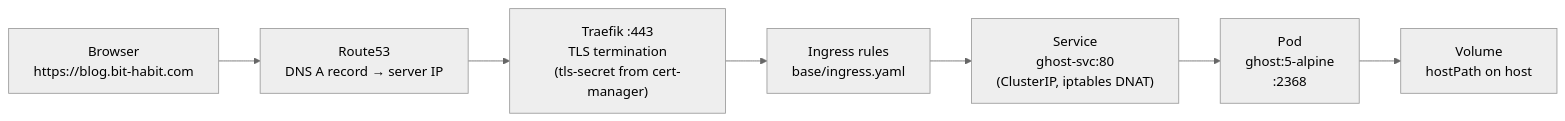
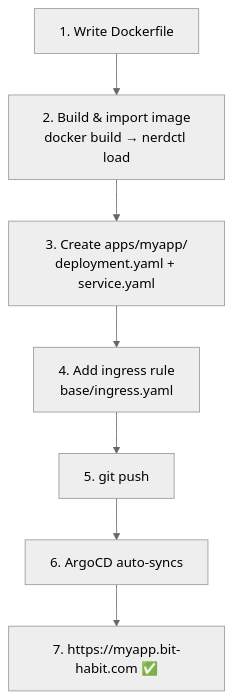
The third of 5 diagrams in README.md (bookseal/bit-habit-infra), drawn with Mermaid (neutral theme) before and after one commit. The commit also changed other lines of this file, not shown here.

First line of the commit message:
Enhance README with service catalog and design decisions

````diff
--- a/README.md
+++ b/README.md
@@ -115,9 +113,9 @@
 ```mermaid
-flowchart LR
-    A["Browser\nhttps://blog.bit-habit.com"] --> B["Route53\nDNS A record → server IP"]
-    B --> C["Traefik :443\nTLS termination\n(tls-secret from cert-manager)"]
-    C --> D["Ingress rules\nbase/ingress.yaml"]
-    D --> E["Service\nghost-svc:80\n(ClusterIP, iptables DNAT)"]
-    E --> F["Pod\nghost:5-alpine\n:2368"]
-    F --> G["Volume\nhostPath on host"]
+flowchart TD
+    A["1. Write Dockerfile"] --> B["2. Build & import image\ndocker build → nerdctl load"]
+    B --> C["3. Create apps/myapp/\ndeployment.yaml + service.yaml"]
+    C --> D["4. Add ingress rule\nbase/ingress.yaml"]
+    D --> E["5. git push"]
+    E --> F["6. ArgoCD auto-syncs"]
+    F --> G["7. https://myapp.bit-habit.com ✅"]
 ```
````
